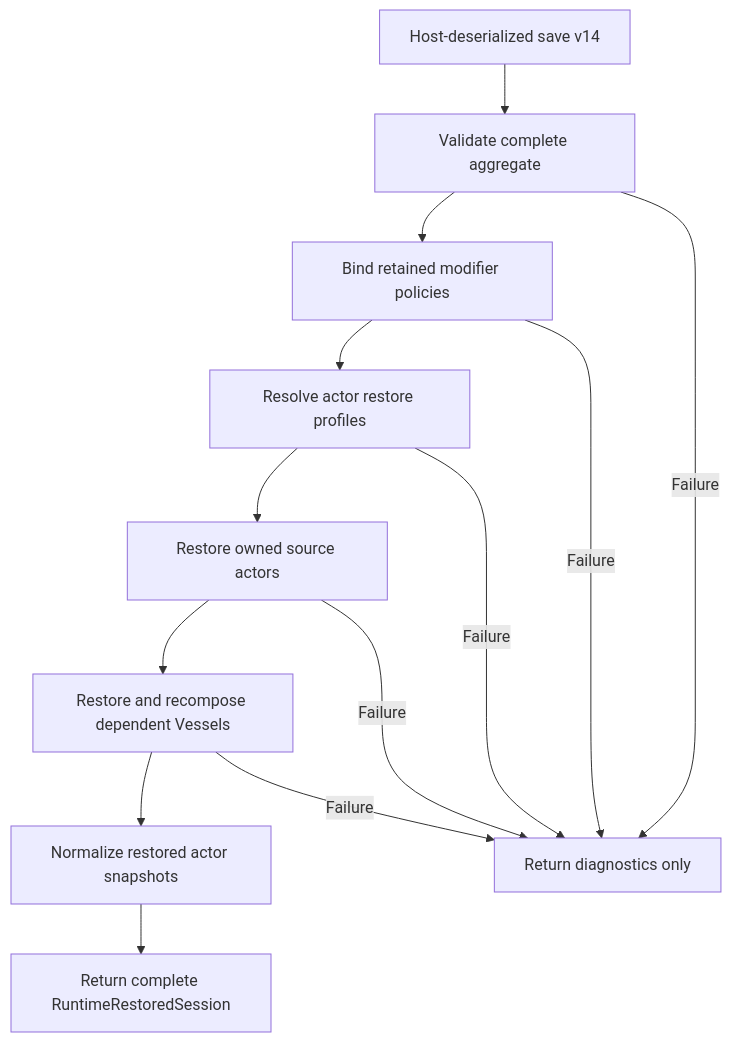
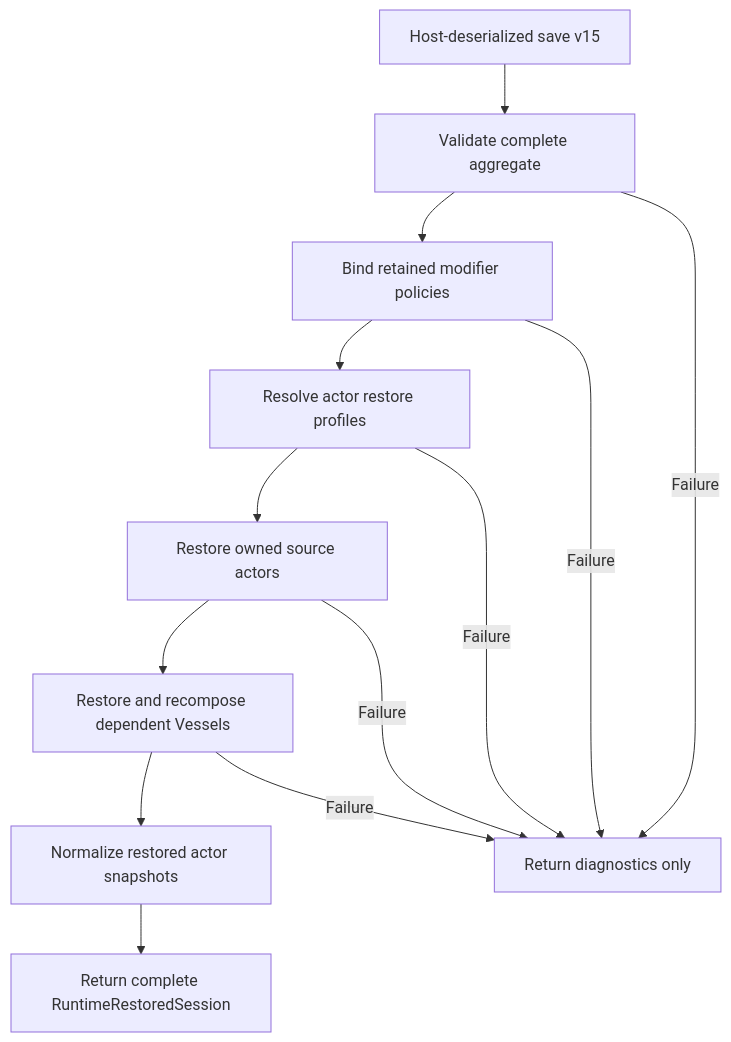
The fifth of 5 diagrams in docs/developer-guide/actors-and-runtime-state.md (KayelC/Convergence), drawn with Mermaid before and after one commit. The commit also changed 27 other files, not shown here.

````diff
--- a/docs/developer-guide/actors-and-runtime-state.md
+++ b/docs/developer-guide/actors-and-runtime-state.md
@@ -344,15 +344,15 @@
 ```mermaid
 flowchart TD
-    Save["Host-deserialized save v14"] --> Validate["Validate complete aggregate"]
+    Save["Host-deserialized save v15"] --> Validate["Validate complete aggregate"]
     Validate --> Modifiers["Bind retained modifier policies"]
     Modifiers --> Profiles["Resolve actor restore profiles"]
     Profiles --> Sources["Restore owned source actors"]
     Sources --> Vessels["Restore and recompose dependent Vessels"]
     Vessels --> Normalize["Normalize restored actor snapshots"]
     Normalize --> Session["Return complete RuntimeRestoredSession"]
     Validate -->|Failure| Reject["Return diagnostics only"]
     Modifiers -->|Failure| Reject
     Profiles -->|Failure| Reject
     Sources -->|Failure| Reject
     Vessels -->|Failure| Reject
 ```
````
